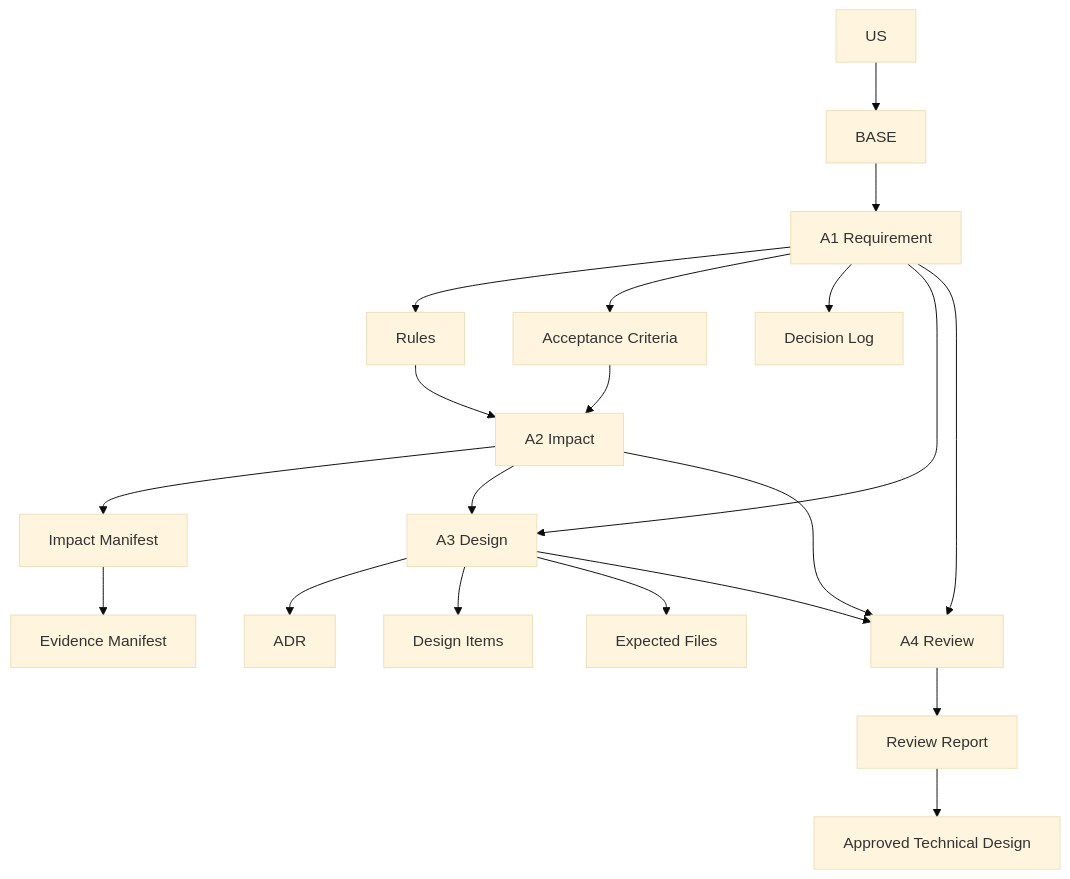
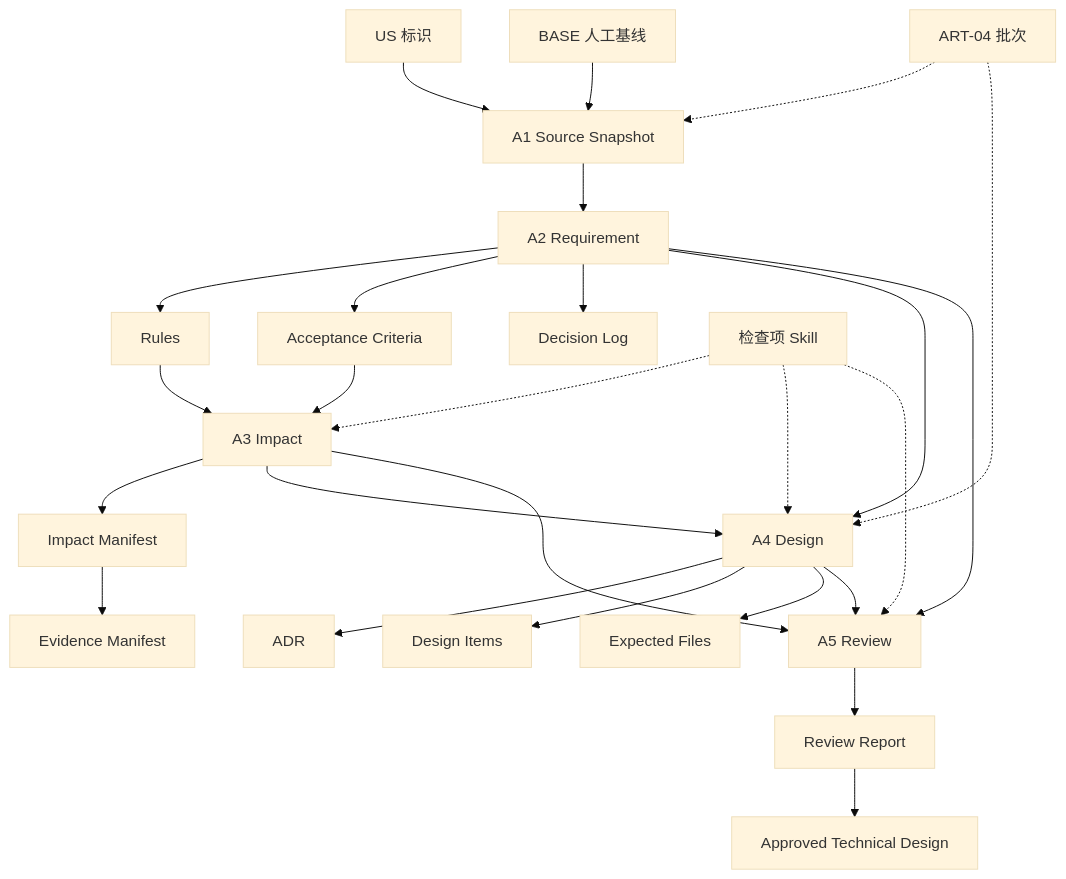
Before and after one commit to MouckIS/agent-for-it-designer: the second of 2 diagrams in Agent技术方案设计-GPT-V2.md, drawn with Mermaid (base theme). The commit also changed other lines of this file and 2 other files, not shown here.

````diff
--- a/Agent技术方案设计-GPT-V2.md
+++ b/Agent技术方案设计-GPT-V2.md
@@ -1882,29 +2490,37 @@
 ```mermaid
 flowchart TD
-    US[US] --> BASE[BASE]
+    US[US 标识] --> A1[A1 Source Snapshot]
+    BASE[BASE 人工基线] --> A1
 
-    BASE --> A1[A1 Requirement]
-    A1 --> R[Rules]
-    A1 --> AC[Acceptance Criteria]
-    A1 --> DEC[Decision Log]
+    A1 --> A2[A2 Requirement]
+    A2 --> R[Rules]
+    A2 --> AC[Acceptance Criteria]
+    A2 --> DEC[Decision Log]
 
-    R --> A2[A2 Impact]
-    AC --> A2
+    R --> A3[A3 Impact]
+    AC --> A3
 
-    A2 --> IMPACT[Impact Manifest]
+    A3 --> IMPACT[Impact Manifest]
     IMPACT --> EVIDENCE[Evidence Manifest]
 
-    A1 --> A3[A3 Design]
-    A2 --> A3
-
-    A3 --> ADR[ADR]
-    A3 --> DESIGN[Design Items]
-    A3 --> FILES[Expected Files]
-
-    A1 --> A4[A4 Review]
-    A2 --> A4
+    A2 --> A4[A4 Design]
     A3 --> A4
 
-    A4 --> REVIEW[Review Report]
+    A4 --> ADR[ADR]
+    A4 --> DESIGN[Design Items]
+    A4 --> FILES[Expected Files]
+
+    A2 --> A5[A5 Review]
+    A3 --> A5
+    A4 --> A5
+
+    A5 --> REVIEW[Review Report]
     REVIEW --> FINAL[Approved Technical Design]
+
+    CHK[检查项 Skill] -.-> A3
+    CHK -.-> A4
+    CHK -.-> A5
+
+    ART04[ART-04 批次] -.-> A1
+    ART04 -.-> A4
 ```
````
